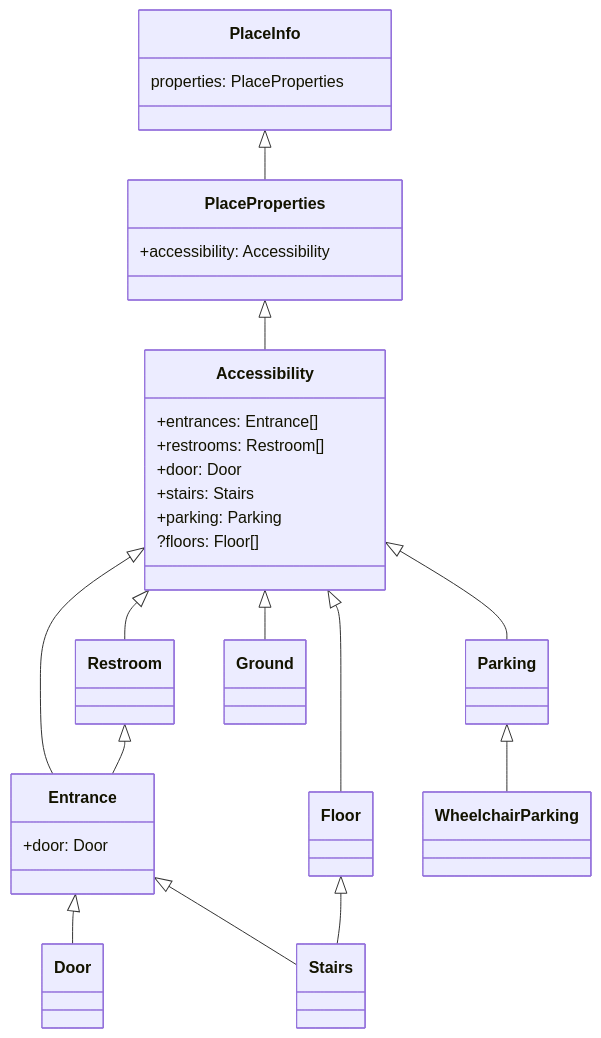
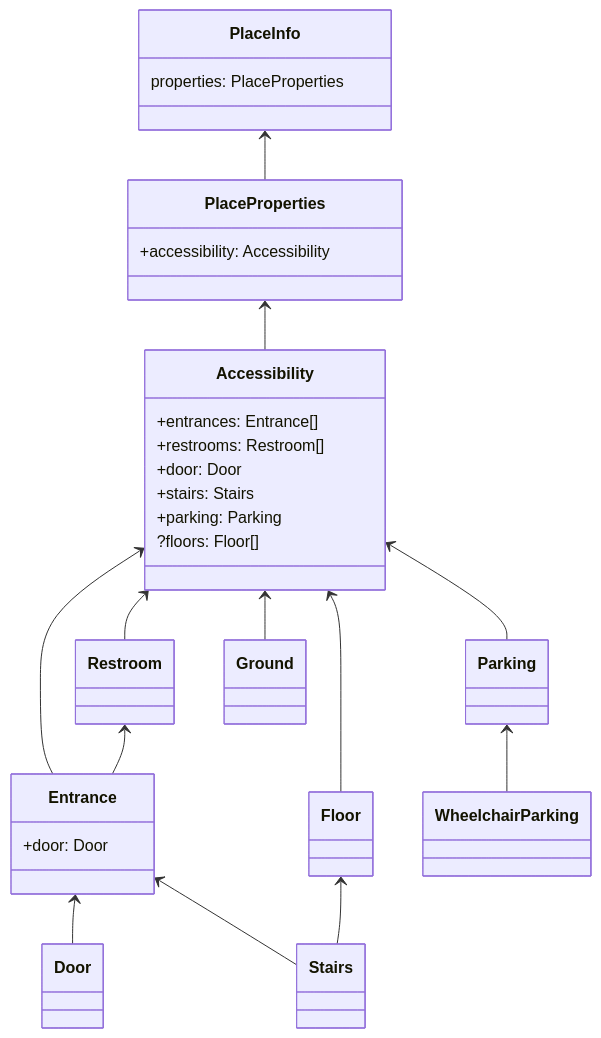
Before and after one commit to Razpudding/cba: the diagram in a11yjson-diagram/README.md, drawn with Mermaid. The commit also changed other lines of this file and 1 other file, not shown here.

Commit message:
Added error filtering

````diff
--- a/a11yjson-diagram/README.md
+++ b/a11yjson-diagram/README.md
@@ -11,33 +11,33 @@
 ```mermaid
 classDiagram
-      PlaceInfo <|-- PlaceProperties
-      PlaceProperties <|-- Accessibility
-      Accessibility <|-- Entrance
-      Accessibility <|-- Parking
-      Accessibility <|-- Restroom
-      Accessibility <|-- Ground
-      Accessibility <|-- Floor
-      Entrance <|-- Door
-      Entrance <|-- Stairs
-      Restroom <|-- Entrance
-      Parking <|-- WheelchairParking
-      Floor <|-- Stairs
+      PlaceInfo <--  PlaceProperties
+      PlaceProperties <-- Accessibility
+      Accessibility <-- Entrance
+      Accessibility <-- Parking
+      Accessibility <-- Restroom
+      Accessibility <-- Ground
+      Accessibility <-- Floor
+      Entrance <-- Door
+      Entrance <-- Stairs
+      Restroom <-- Entrance
+      Parking <-- WheelchairParking
+      Floor <-- Stairs
       
       class PlaceInfo{
 		properties: PlaceProperties          
       }
       class PlaceProperties{
 		+accessibility: Accessibility
       }
       class Accessibility{
 		+entrances: Entrance[]
 		+restrooms: Restroom[]
 		+door: Door
 		+stairs: Stairs
 		+parking: Parking
 		?floors: Floor[]
       }
       class Entrance{
 	    +door: Door
       }
 ```
````
